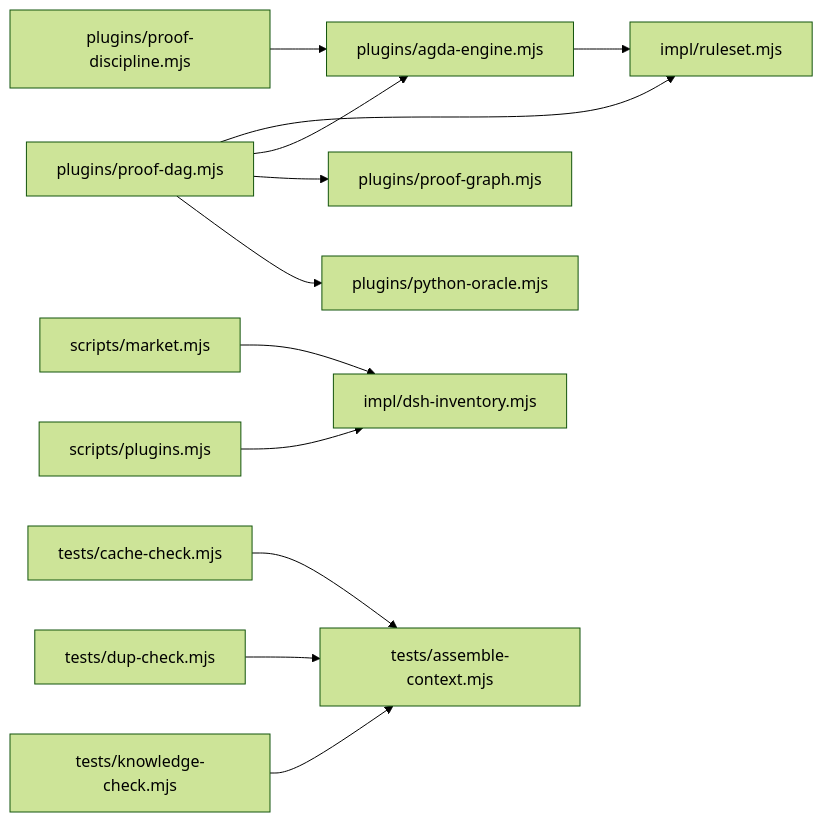
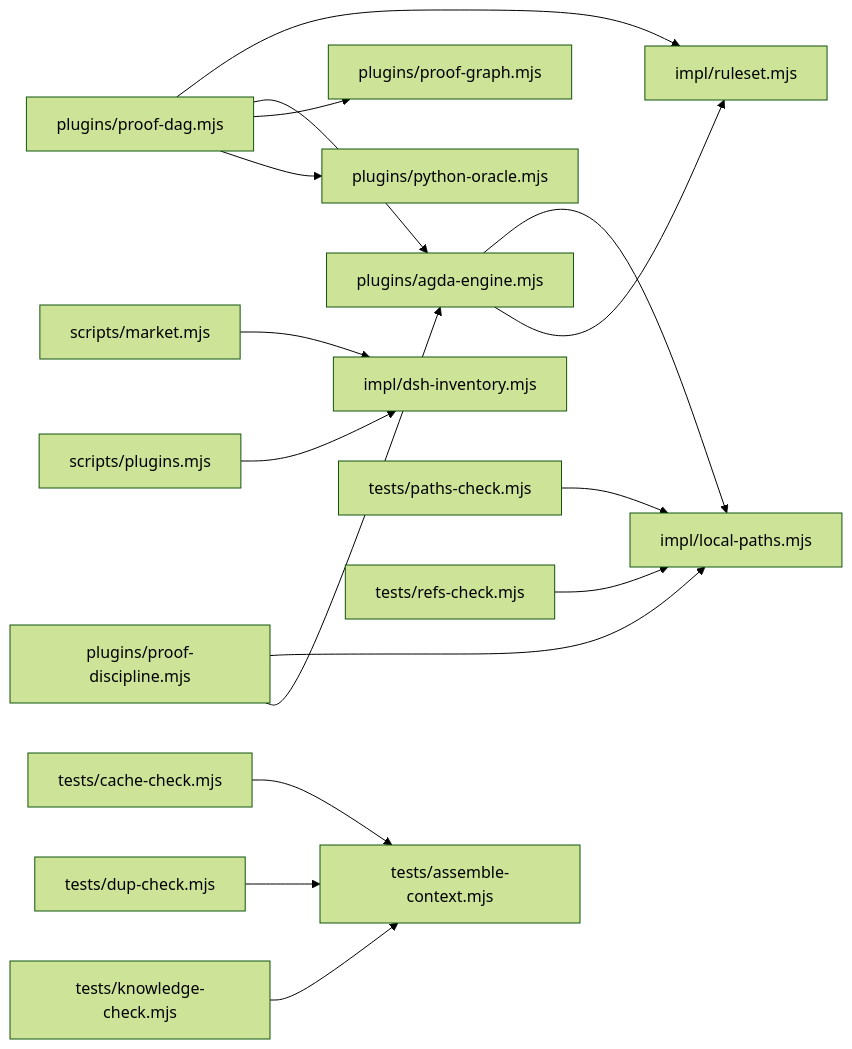
One commit to clearnature/dsh-math-proof changed the diagram in math-proof/docs/maps/M2-dependency.md. Above: the diagram before and after it, drawn with Mermaid (forest theme). The commit also changed other lines of this file and 26 other files, not shown here.

````diff
--- a/math-proof/docs/maps/M2-dependency.md
+++ b/math-proof/docs/maps/M2-dependency.md
@@ -54,14 +54,18 @@
 ```mermaid
 graph LR
+  plugins_agda-engine_mjs["plugins/agda-engine.mjs"] --> impl_local-paths_mjs["impl/local-paths.mjs"]
   plugins_agda-engine_mjs["plugins/agda-engine.mjs"] --> impl_ruleset_mjs["impl/ruleset.mjs"]
   plugins_proof-dag_mjs["plugins/proof-dag.mjs"] --> impl_ruleset_mjs["impl/ruleset.mjs"]
   plugins_proof-dag_mjs["plugins/proof-dag.mjs"] --> plugins_agda-engine_mjs["plugins/agda-engine.mjs"]
   plugins_proof-dag_mjs["plugins/proof-dag.mjs"] --> plugins_proof-graph_mjs["plugins/proof-graph.mjs"]
   plugins_proof-dag_mjs["plugins/proof-dag.mjs"] --> plugins_python-oracle_mjs["plugins/python-oracle.mjs"]
+  plugins_proof-discipline_mjs["plugins/proof-discipline.mjs"] --> impl_local-paths_mjs["impl/local-paths.mjs"]
   plugins_proof-discipline_mjs["plugins/proof-discipline.mjs"] --> plugins_agda-engine_mjs["plugins/agda-engine.mjs"]
   scripts_market_mjs["scripts/market.mjs"] --> impl_dsh-inventory_mjs["impl/dsh-inventory.mjs"]
   scripts_plugins_mjs["scripts/plugins.mjs"] --> impl_dsh-inventory_mjs["impl/dsh-inventory.mjs"]
   tests_cache-check_mjs["tests/cache-check.mjs"] --> tests_assemble-context_mjs["tests/assemble-context.mjs"]
   tests_dup-check_mjs["tests/dup-check.mjs"] --> tests_assemble-context_mjs["tests/assemble-context.mjs"]
   tests_knowledge-check_mjs["tests/knowledge-check.mjs"] --> tests_assemble-context_mjs["tests/assemble-context.mjs"]
+  tests_paths-check_mjs["tests/paths-check.mjs"] --> impl_local-paths_mjs["impl/local-paths.mjs"]
+  tests_refs-check_mjs["tests/refs-check.mjs"] --> impl_local-paths_mjs["impl/local-paths.mjs"]
 ```
````
